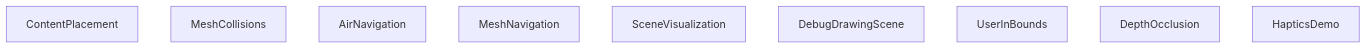
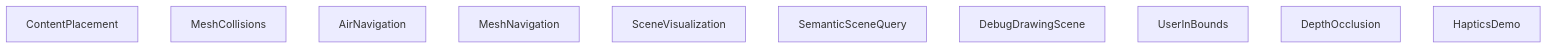
One commit to oculus-samples/Unity-Phanto changed the third of 3 diagrams in README.md. Above: the diagram before and after it, drawn with Mermaid. The commit also changed other lines of this file and 738 other files, not shown here.

````diff
--- a/README.md
+++ b/README.md
@@ -156,13 +162,14 @@
 ```mermaid
 graph TD;
 
     ContentPlacement;
     MeshCollisions;
     AirNavigation;
     MeshNavigation;
     SceneVisualization;
+    SemanticSceneQuery;
     DebugDrawingScene;
     UserInBounds;
     DepthOcclusion;
     HapticsDemo;
 ```
````
